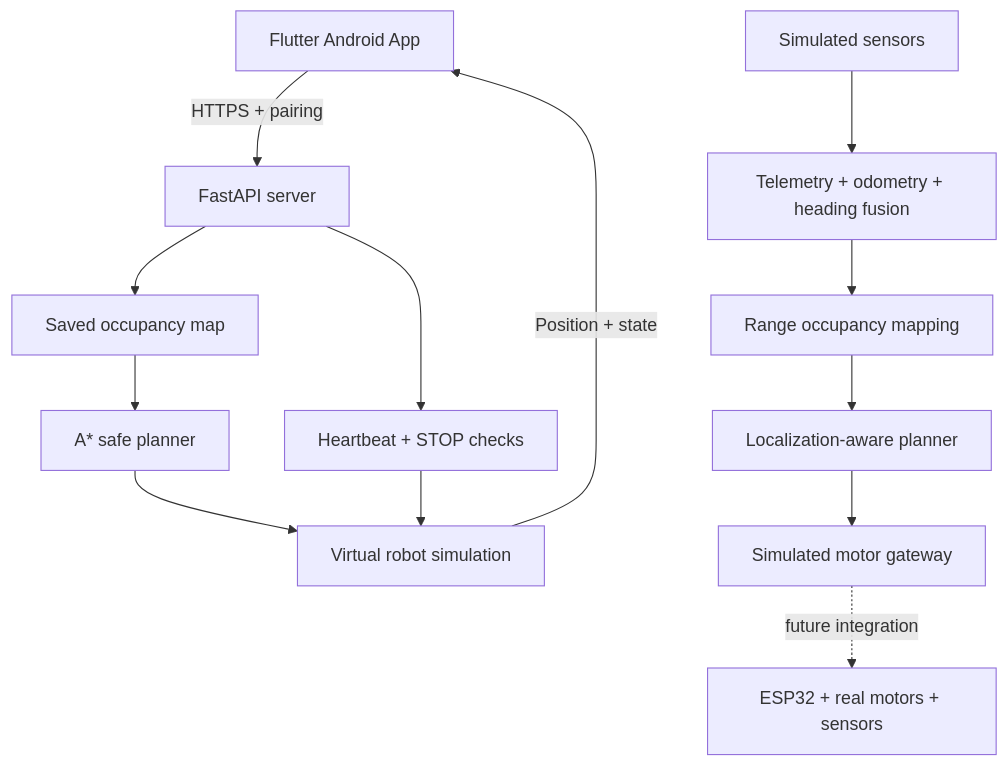
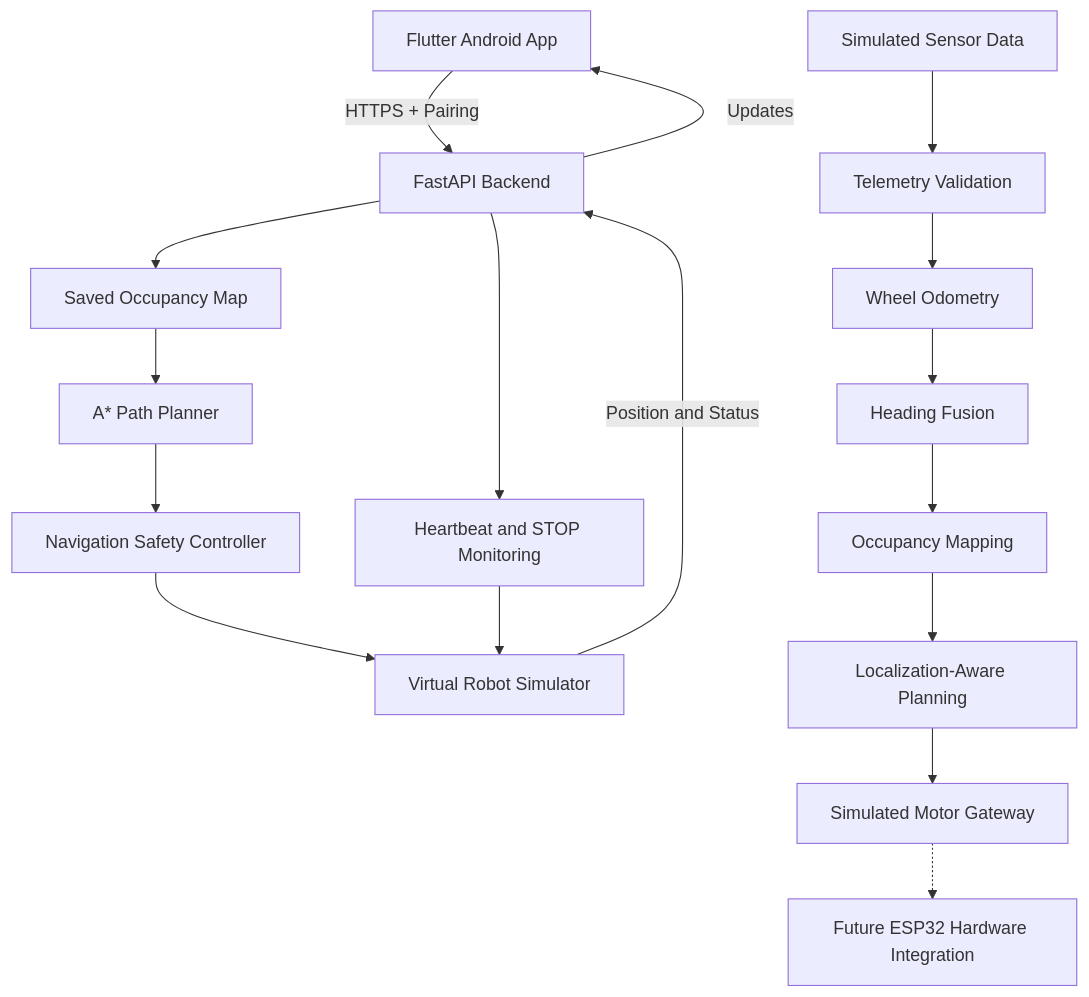
One commit to Ashiwany25/AutoNav-RC-Website changed the diagram in README.md. Above: the diagram before and after it, drawn with Mermaid. The commit also changed other lines of this file, not shown here.

````diff
--- a/README.md
+++ b/README.md
@@ -43,15 +78,22 @@
 ```mermaid
 flowchart TD
-    A[Flutter Android App] -->|HTTPS + pairing| B[FastAPI server]
-    B --> C[Saved occupancy map]
-    C --> D[A* safe planner]
-    D --> E[Virtual robot simulation]
-    E -->|Position + state| A
-    B --> F[Heartbeat + STOP checks]
-    F --> E
-    G[Simulated sensors] --> H[Telemetry + odometry + heading fusion]
-    H --> I[Range occupancy mapping]
-    I --> J[Localization-aware planner]
-    J --> K[Simulated motor gateway]
-    K -. future integration .-> L[ESP32 + real motors + sensors]
+    A["Flutter Android App"] -->|HTTPS + Pairing| B["FastAPI Backend"]
+    B --> C["Saved Occupancy Map"]
+    C --> D["A* Path Planner"]
+    D --> E["Navigation Safety Controller"]
+    E --> F["Virtual Robot Simulator"]
+    F -->|Position and Status| B
+    B -->|Updates| A
+
+    B --> G["Heartbeat and STOP Monitoring"]
+    G --> F
+
+    H["Simulated Sensor Data"] --> I["Telemetry Validation"]
+    I --> J["Wheel Odometry"]
+    J --> K["Heading Fusion"]
+    K --> L["Occupancy Mapping"]
+    L --> M["Localization-Aware Planning"]
+    M --> N["Simulated Motor Gateway"]
+
+    N -.-> O["Future ESP32 Hardware Integration"]
 ```
````
